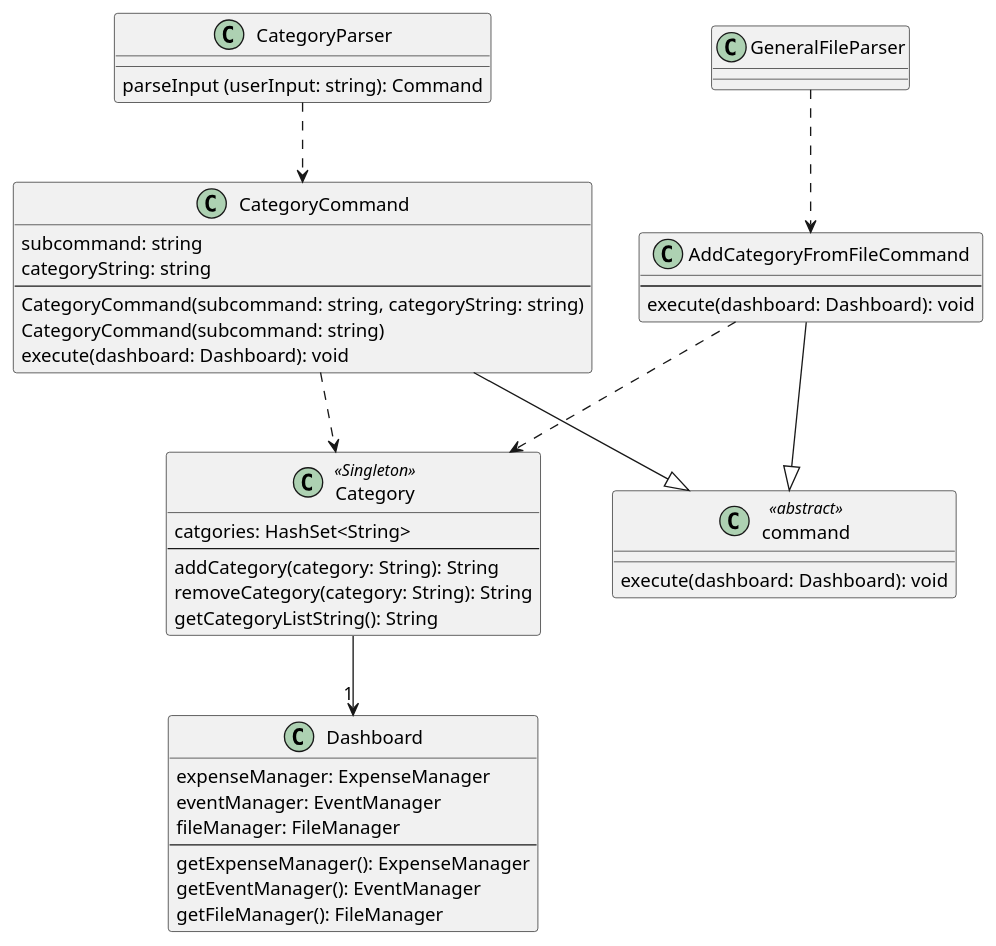
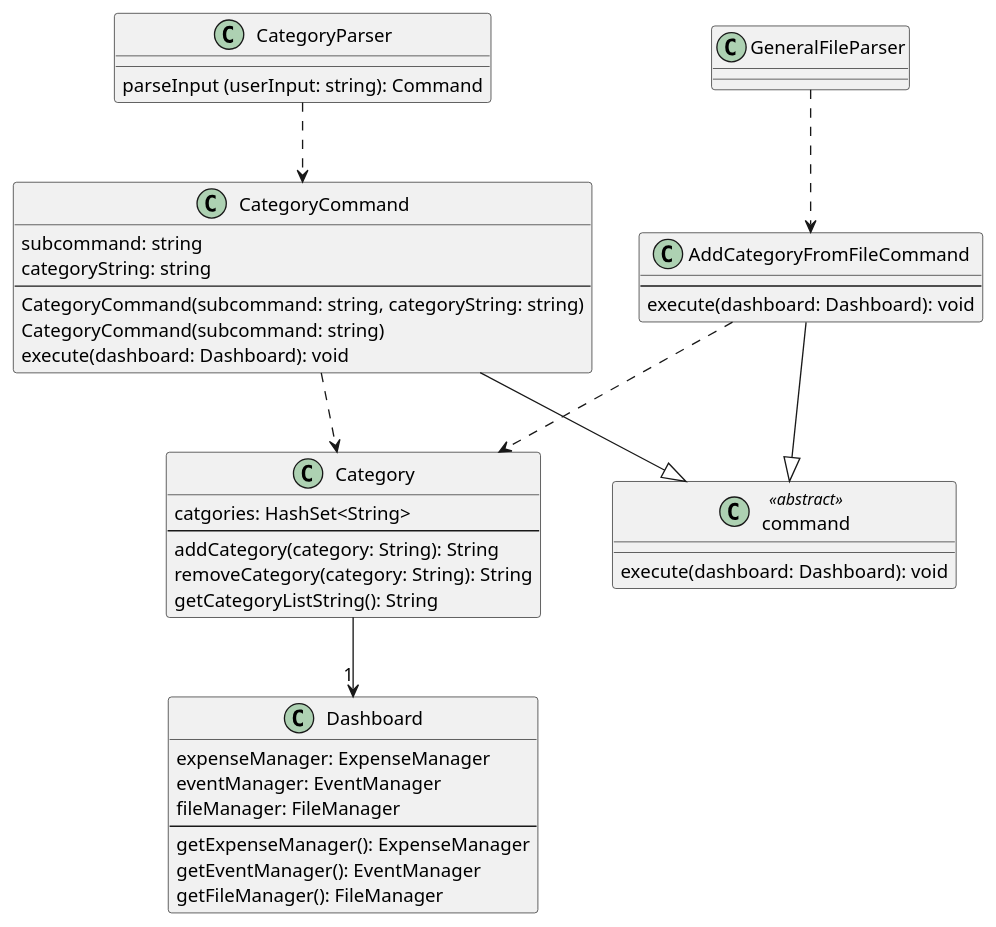
Before and after one commit to JianJiaT/tp: the diagram in docs/team/UML_Files/Category_class.puml, drawn with PlantUML. The commit also changed 8 other files, not shown here.

Commit message:
Update UG, DG, Add Tests Add tests for Catergory class, add initial UG for category, change UML diagram for DG

```diff
--- a/docs/team/UML_Files/Category_class.puml
+++ b/docs/team/UML_Files/Category_class.puml
@@ -1,44 +1,44 @@
 @startuml
 class Dashboard {
     expenseManager: ExpenseManager
     eventManager: EventManager
     fileManager: FileManager
     --
     getExpenseManager(): ExpenseManager
     getEventManager(): EventManager
     getFileManager(): FileManager
 }
 class command <<abstract>> {
     execute(dashboard: Dashboard): void
 }
 class CategoryCommand {
     subcommand: string
     categoryString: string
     --
     CategoryCommand(subcommand: string, categoryString: string)
     CategoryCommand(subcommand: string)
     execute(dashboard: Dashboard): void
    }
 class AddCategoryFromFileCommand {
     --
     execute(dashboard: Dashboard): void
 }
 class CategoryParser {
     parseInput (userInput: string): Command
 }
 class GeneralFileParser
-class Category <<Singleton>> {
+class Category {
      catgories: HashSet<String>
      --
      addCategory(category: String): String
      removeCategory(category: String): String
      getCategoryListString(): String
 }
 AddCategoryFromFileCommand --|> command
 CategoryCommand --|> command
 Category --> "1"  Dashboard
 CategoryParser -[dashed]-> CategoryCommand
 CategoryCommand -[dashed]->  Category
 AddCategoryFromFileCommand -[dashed]-> Category
 GeneralFileParser -[dashed]-> AddCategoryFromFileCommand
 @enduml
```
